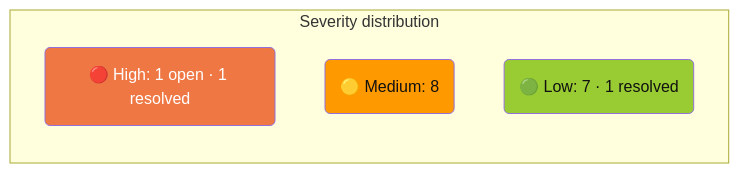
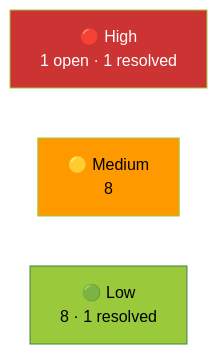
Before and after one commit to marcelofrau/xb-homebrew-vault: the diagram in docs/tech-debt.md, drawn with Mermaid. The commit also changed other lines of this file and 29 other files, not shown here.

````diff
--- a/docs/tech-debt.md
+++ b/docs/tech-debt.md
@@ -239,12 +266,10 @@
 ```mermaid
 graph LR
-    subgraph Severity["Severity distribution"]
-        H("🔴 High: 1 open · 1 resolved"):::high
-        M("🟡 Medium: 8"):::medium
-        L("🟢 Low: 7 · 1 resolved"):::low
-    end
-
-    classDef high fill:#e74,color:#fff
-    classDef medium fill:#f90,color:#111
-    classDef low fill:#9c3,color:#111
+    H["🔴 High<br/>1 open · 1 resolved"]
+    M["🟡 Medium<br/>8"]
+    L["🟢 Low<br/>8 · 1 resolved"]
+    
+    style H fill:#CC3333,stroke:#9ACA3C,color:#fff
+    style M fill:#FF9900,stroke:#9ACA3C,color:#000
+    style L fill:#9ACA3C,stroke:#447F3E,color:#000
 ```
````
